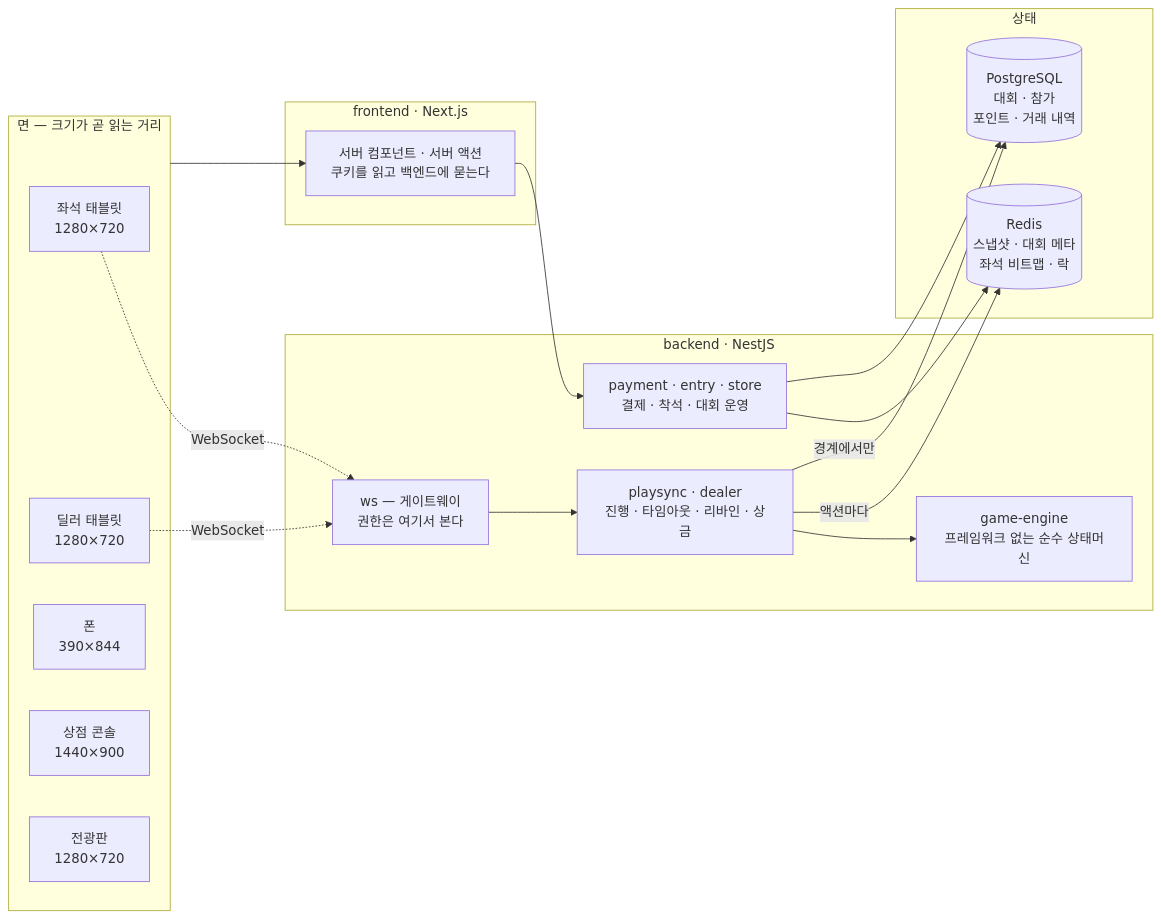
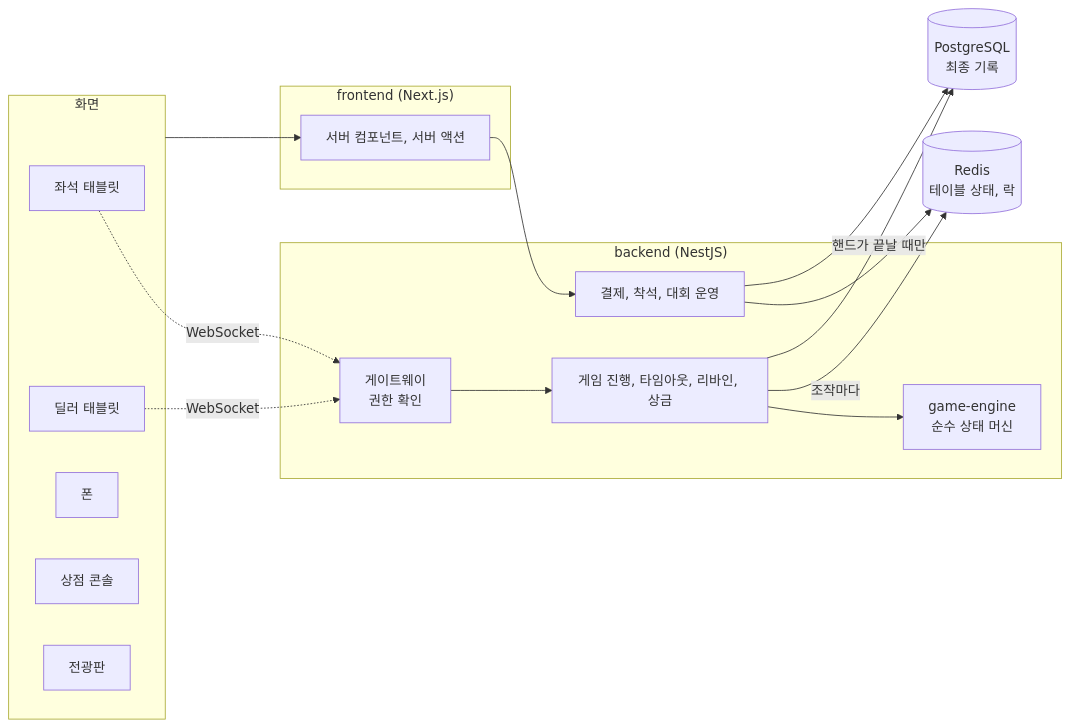
One commit to GUNW-O-O/playsync-V2 changed the fifth of 5 diagrams in README.md. Above: the diagram before and after it, drawn with Mermaid. The commit also changed other lines of this file and 2 other files, not shown here.

````diff
--- a/README.md
+++ b/README.md
@@ -567,37 +360,30 @@
 ```mermaid
 flowchart LR
-  subgraph faces["면 — 크기가 곧 읽는 거리"]
-    seat["좌석 태블릿<br/>1280×720"]
-    dealerT["딜러 태블릿<br/>1280×720"]
-    phone["폰<br/>390×844"]
-    console["상점 콘솔<br/>1440×900"]
-    board["전광판<br/>1280×720"]
+  subgraph faces["화면"]
+    seat["좌석 태블릿"]
+    dealerT["딜러 태블릿"]
+    phone["폰"]
+    console["상점 콘솔"]
+    board["전광판"]
   end
-
-  subgraph front["frontend · Next.js"]
-    next["서버 컴포넌트 · 서버 액션<br/>쿠키를 읽고 백엔드에 묻는다"]
+  subgraph front["frontend (Next.js)"]
+    next["서버 컴포넌트, 서버 액션"]
   end
-
-  subgraph back["backend · NestJS"]
-    ws["ws — 게이트웨이<br/>권한은 여기서 본다"]
-    play["playsync · dealer<br/>진행 · 타임아웃 · 리바인 · 상금"]
-    rest["payment · entry · store<br/>결제 · 착석 · 대회 운영"]
-    engine["game-engine<br/>프레임워크 없는 순수 상태머신"]
+  subgraph back["backend (NestJS)"]
+    ws["게이트웨이<br/>권한 확인"]
+    play["게임 진행, 타임아웃, 리바인, 상금"]
+    rest["결제, 착석, 대회 운영"]
+    engine["game-engine<br/>순수 상태 머신"]
   end
-
-  subgraph state["상태"]
-    redis[("Redis<br/>스냅샷 · 대회 메타<br/>좌석 비트맵 · 락")]
-    db[("PostgreSQL<br/>대회 · 참가<br/>포인트 · 거래 내역")]
-  end
-
+  redis[("Redis<br/>테이블 상태, 락")]
+  db[("PostgreSQL<br/>최종 기록")]
   faces --> next
   seat -. WebSocket .-> ws
   dealerT -. WebSocket .-> ws
   next --> rest
-  ws --> play
-  play --> engine
-  play -- "액션마다" --> redis
-  play -- "경계에서만" --> db
+  ws --> play --> engine
+  play -- 조작마다 --> redis
+  play -- 핸드가 끝날 때만 --> db
   rest --> redis
   rest --> db
 ```
````
